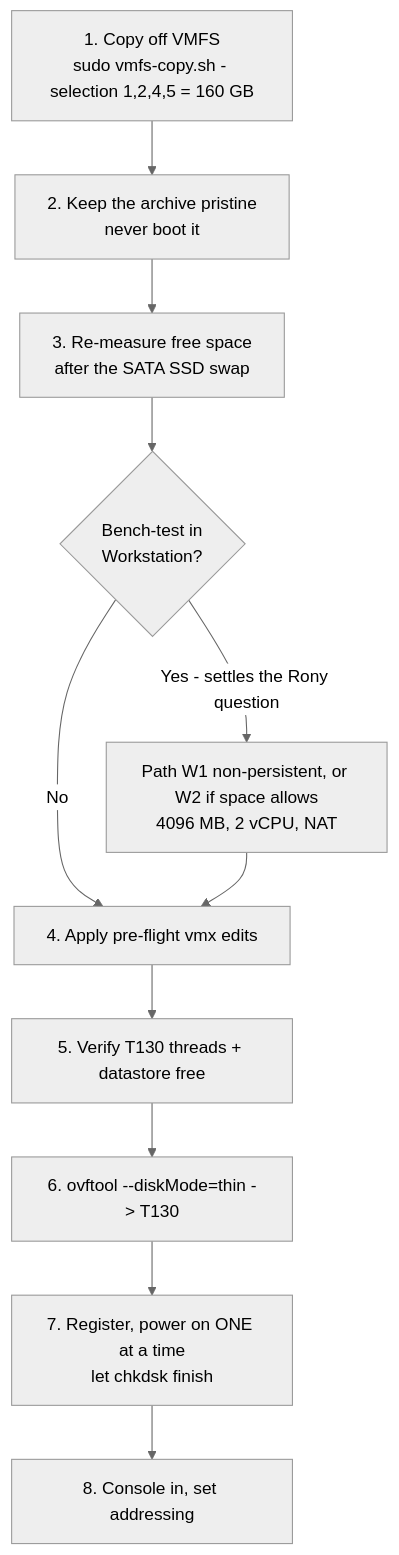
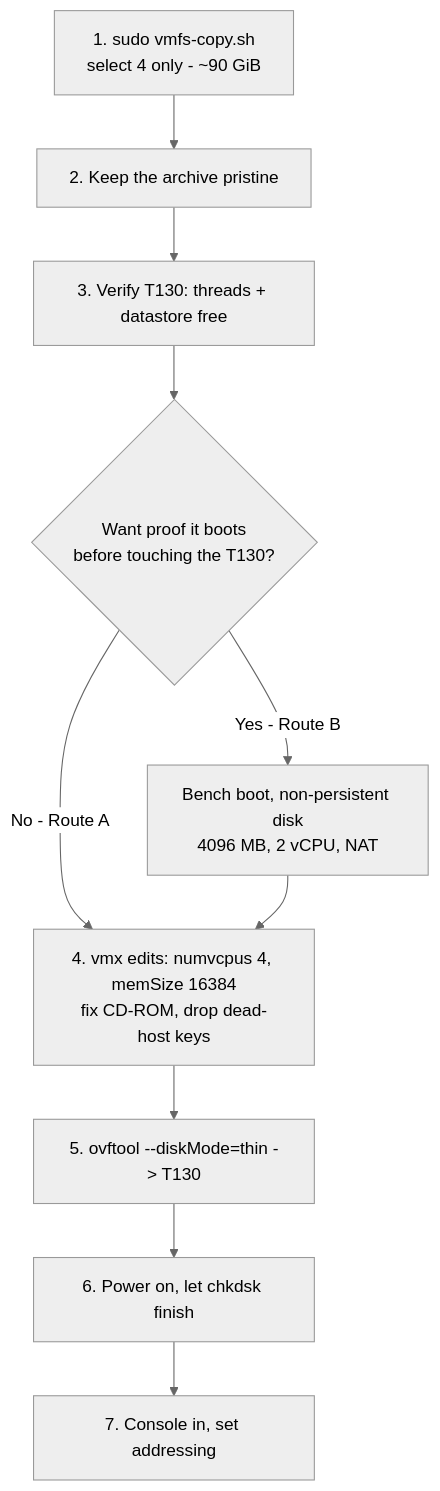
Before and after one commit to aniksarakash/VFMS_Recovery: the fifth of 5 diagrams in MIGRATION.md, drawn with Mermaid (neutral theme). The commit also changed other lines of this file and 1 other file, not shown here.

````diff
--- a/MIGRATION.md
+++ b/MIGRATION.md
@@ -561,13 +544,12 @@
 ```mermaid
 flowchart TD
-  A["1. Copy off VMFS<br/>sudo vmfs-copy.sh - selection 1,2,4,5 = 160 GB"] --> B["2. Keep the archive pristine<br/>never boot it"]
-  B --> C["3. Re-measure free space<br/>after the SATA SSD swap"]
-  C --> D{"Bench-test in<br/>Workstation?"}
-  D -->|"Yes - settles the Rony question"| E1["Path W1 non-persistent, or W2 if space allows<br/>4096 MB, 2 vCPU, NAT"]
-  D -->|"No"| E2
-  E1 --> E2["4. Apply pre-flight vmx edits"]
-  E2 --> F["5. Verify T130 threads + datastore free"]
-  F --> G["6. ovftool --diskMode=thin -> T130"]
-  G --> H["7. Register, power on ONE at a time<br/>let chkdsk finish"]
-  H --> I["8. Console in, set addressing"]
+  A["1. sudo vmfs-copy.sh<br/>select 4 only - ~90 GiB"] --> B["2. Keep the archive pristine"]
+  B --> C["3. Verify T130: threads + datastore free"]
+  C --> D{"Want proof it boots<br/>before touching the T130?"}
+  D -->|"No - Route A"| F
+  D -->|"Yes - Route B"| E["Bench boot, non-persistent disk<br/>4096 MB, 2 vCPU, NAT"]
+  E --> F["4. vmx edits: numvcpus 4, memSize 16384<br/>fix CD-ROM, drop dead-host keys"]
+  F --> G["5. ovftool --diskMode=thin -> T130"]
+  G --> H["6. Power on, let chkdsk finish"]
+  H --> I["7. Console in, set addressing"]
 ```
````
